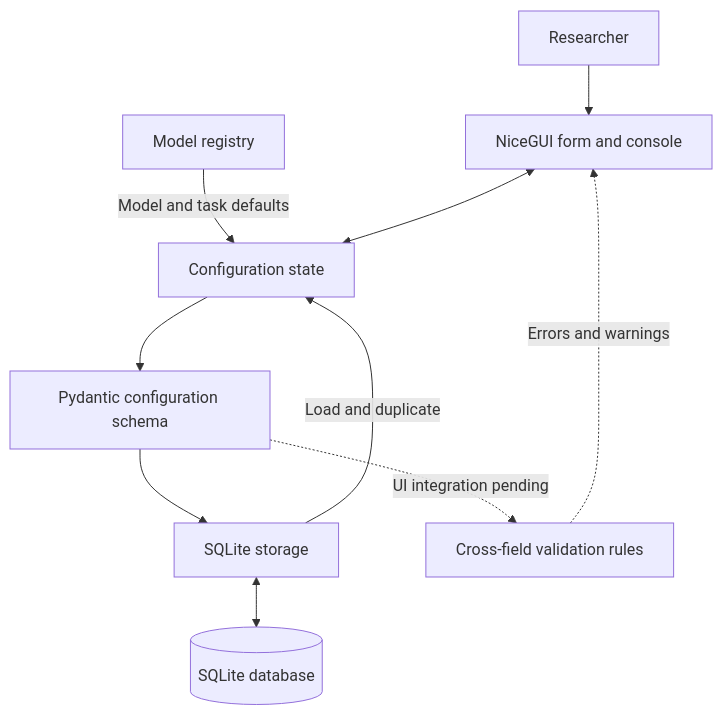
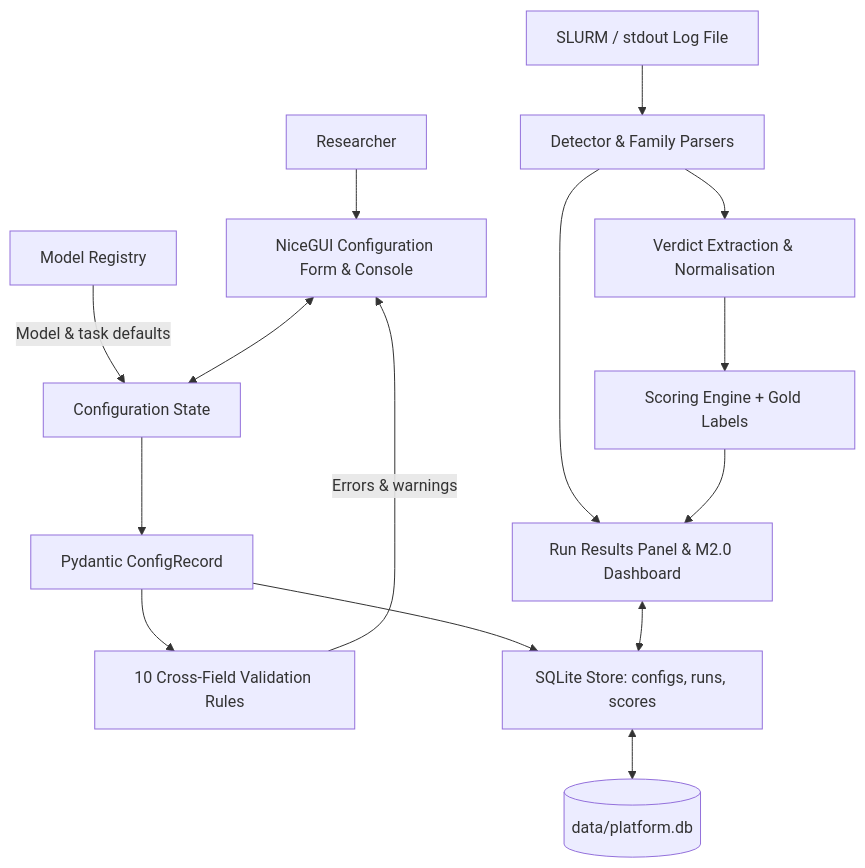
One commit to Bamboorat233/4990_llm-config-platform changed the diagram in README.md. Above: the diagram before and after it, drawn with Mermaid. The commit also changed other lines of this file and 1 other file, not shown here.

````diff
--- a/README.md
+++ b/README.md
@@ -54,12 +53,17 @@
 ```mermaid
 flowchart TD
-    User[Researcher] --> UI[NiceGUI form and console]
-    Registry[Model registry] -->|Model and task defaults| State[Configuration state]
+    User[Researcher] --> UI[NiceGUI Configuration Form & Console]
+    Registry[Model Registry] -->|Model & task defaults| State[Configuration State]
     UI <--> State
-    State --> Schema[Pydantic configuration schema]
-    Schema --> Store[SQLite storage]
-    Store <--> DB[(SQLite database)]
-    Store -->|Load and duplicate| State
-    Schema -.->|UI integration pending| Rules[Cross-field validation rules]
-    Rules -.->|Errors and warnings| UI
+    State --> Schema[Pydantic ConfigRecord]
+    Schema --> Rules[10 Cross-Field Validation Rules]
+    Rules -->|Errors & warnings| UI
+    Schema --> Store[SQLite Store: configs, runs, scores]
+    Store <--> DB[(data/platform.db)]
+    Log[SLURM / stdout Log File] --> Detect[Detector & Family Parsers]
+    Detect --> Verdicts[Verdict Extraction & Normalisation]
+    Verdicts --> Scoring[Scoring Engine + Gold Labels]
+    Detect --> ResultsUI[Run Results Panel & M2.0 Dashboard]
+    Scoring --> ResultsUI
+    ResultsUI <--> Store
 ```
````
